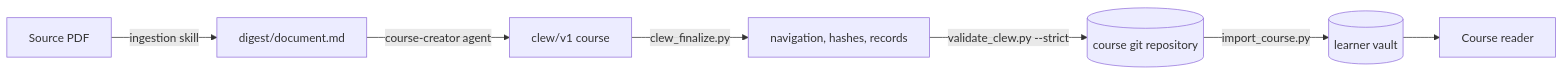
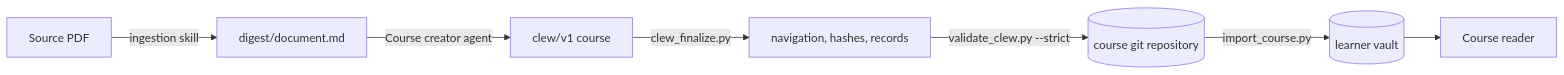
Before and after one commit to dbroeglin/clew: the diagram in docs/COURSE_DISTRIBUTION.md, drawn with Mermaid. The commit also changed other lines of this file and 3 other files, not shown here.

Commit message:
Renamed course-creator agent to Course Creator

````diff
--- a/docs/COURSE_DISTRIBUTION.md
+++ b/docs/COURSE_DISTRIBUTION.md
@@ -11,9 +11,9 @@
 ```mermaid
 flowchart LR
     PDF[Source PDF] -->|ingestion skill| D[digest/document.md]
-    D -->|course-creator agent| C[clew/v1 course]
+    D -->|Course creator agent| C[clew/v1 course]
     C -->|clew_finalize.py| F[navigation, hashes, records]
     F -->|validate_clew.py --strict| G[(course git repository)]
     G -->|import_course.py| V[(learner vault)]
     V --> R[Course reader]
 ```
````
